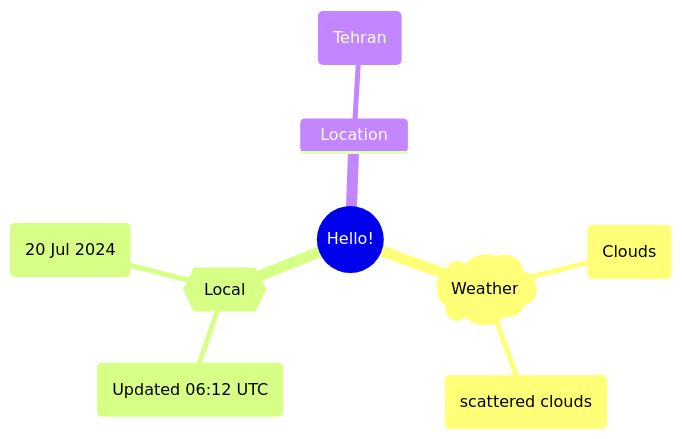
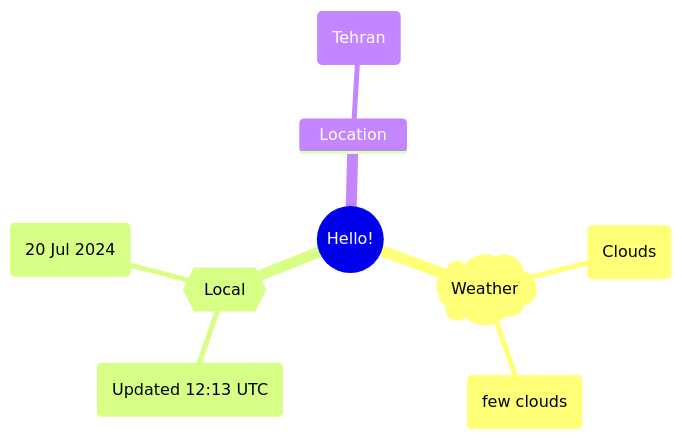
The first of 2 diagrams in README.md (Xosrov/Xosrov), drawn with Mermaid before and after one commit.

Commit message:
[bot] updated images

````diff
--- a/README.md
+++ b/README.md
@@ -3,12 +3,12 @@
 ```mermaid
 mindmap
   root((Hello!))
     )Weather(
         (Clouds)
-        (scattered clouds)
+        (few clouds)
     {{Local}}
-        (Updated 06:12 UTC)
+        (Updated 12:13 UTC)
         (20 Jul 2024)
     Location
         (Tehran)
 ```
````
